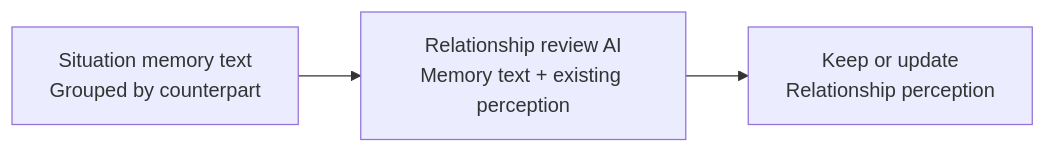
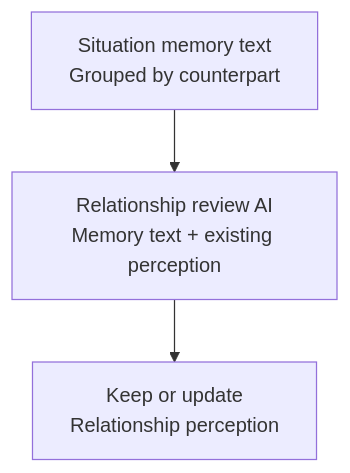
Before and after one commit to angmoo-tree/angmoo: the fourth of 4 diagrams in README.md, drawn with Mermaid. The commit also changed other lines of this file and 13 other files, not shown here.

````diff
--- a/README.md
+++ b/README.md
@@ -420,7 +420,7 @@
 ```mermaid
-flowchart LR
+flowchart TD
     A["Situation memory text<br/>Grouped by counterpart"]
     B["Relationship review AI<br/>Memory text + existing perception"]
     C["Keep or update<br/>Relationship perception"]
     A --> B --> C
 ```
````
